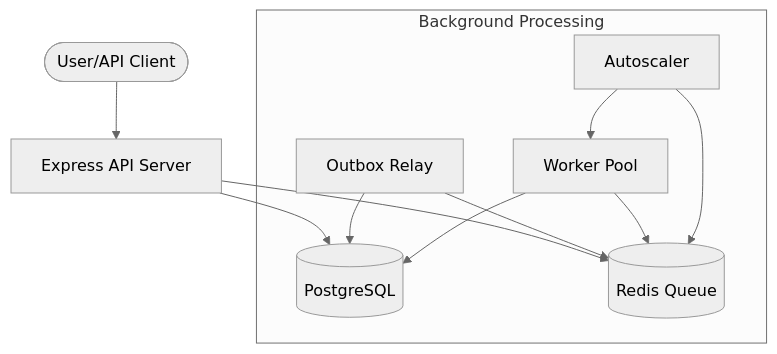
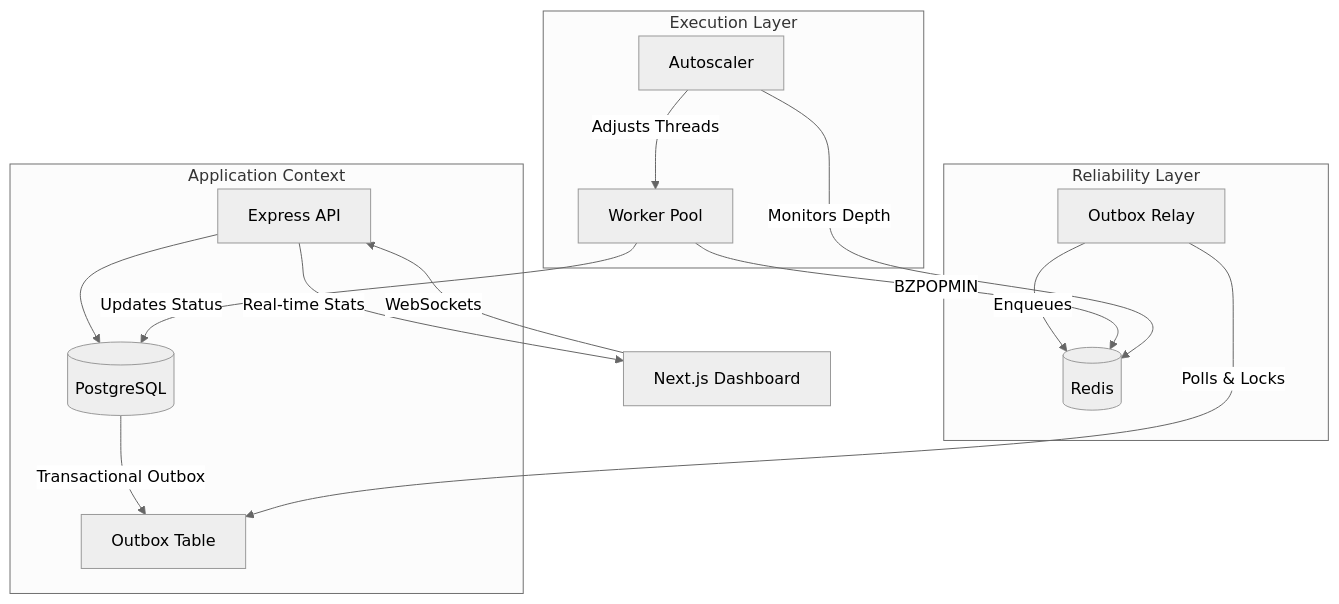
One commit to PM2110/pulsar changed the diagram in docs/architecture.md. Above: the diagram before and after it, drawn with Mermaid (neutral theme). The commit also changed other lines of this file and 7 other files, not shown here.

Commit message:
docs: overhaul project documentation, add server/dashboard READMEs, and refine existing guides

````diff
--- a/docs/architecture.md
+++ b/docs/architecture.md
@@ -7,15 +9,22 @@
 ```mermaid
 graph TD
-    User([User/API Client]) --> Express[Express API Server]
-    Express --> PG[(PostgreSQL)]
-    Express --> Redis[(Redis Queue)]
-    
-    subgraph "Background Processing"
-        Relay[Outbox Relay] --> PG
-        Relay --> Redis
-        Worker[Worker Pool] --> Redis
-        Worker --> PG
-        Scaler[Autoscaler] --> Redis
-        Scaler --> Worker
+    subgraph "Application Context"
+        API[Express API] --> DB[(PostgreSQL)]
+        DB -- "Transactional Outbox" --> OB[Outbox Table]
     end
+
+    subgraph "Reliability Layer"
+        Relay[Outbox Relay] -- "Polls & Locks" --> OB
+        Relay -- "Enqueues" --> Redis[(Redis)]
+    end
+
+    subgraph "Execution Layer"
+        WorkerPool[Worker Pool] -- "BZPOPMIN" --> Redis
+        WorkerPool -- "Updates Status" --> DB
+        Scaler[Autoscaler] -- "Monitors Depth" --> Redis
+        Scaler -- "Adjusts Threads" --> WorkerPool
+    end
+
+    Dashboard[Next.js Dashboard] -- "WebSockets" --> API
+    API -- "Real-time Stats" --> Dashboard
 ```
````
